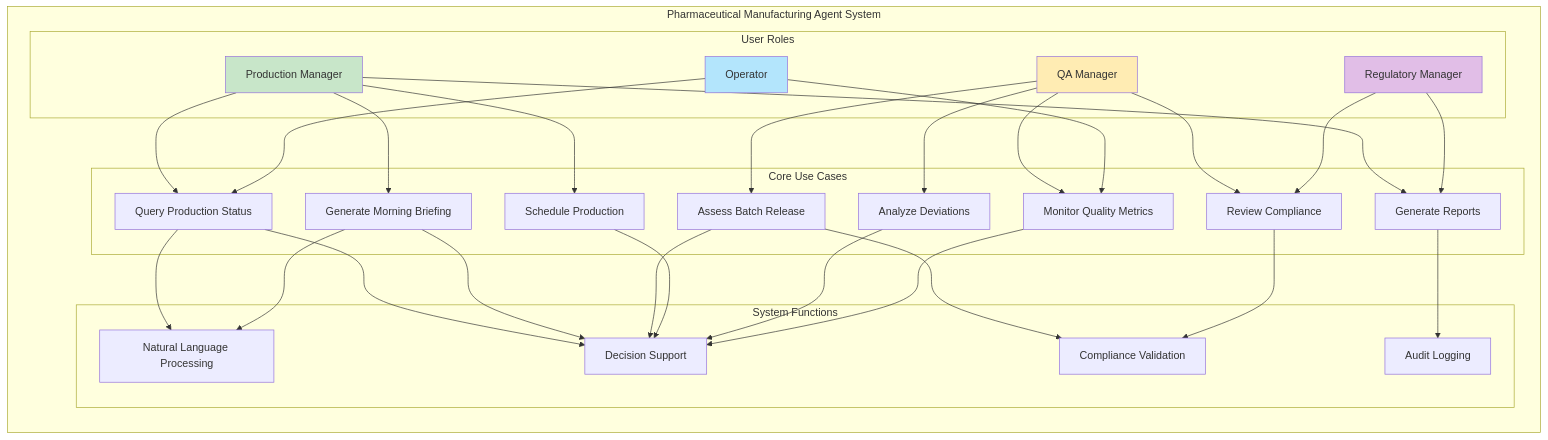
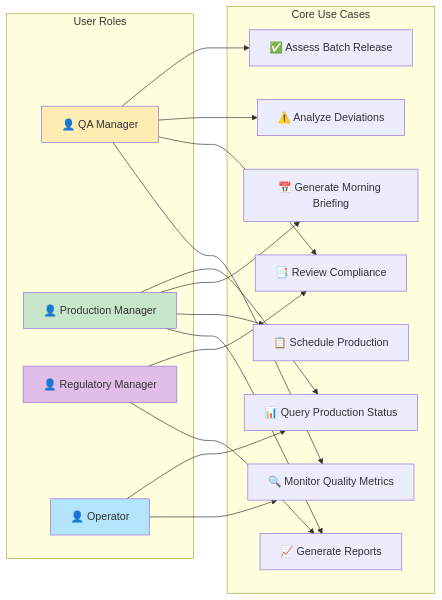
One commit to schmeckm/Business_aI_Agent_Pharma_MVP_1.0 changed the fifth of 5 diagrams in README.md. Above: the diagram before and after it, drawn with Mermaid. The commit also changed other lines of this file, not shown here.

````diff
--- a/README.md
+++ b/README.md
@@ -311,62 +301,41 @@
 ```mermaid
-graph LR
-    subgraph "Pharmaceutical Manufacturing Agent System"
-        subgraph "User Roles"
-            QAM[QA Manager]
-            PM[Production Manager]
-            RM[Regulatory Manager]
-            OP[Operator]
-        end
-        
-        subgraph "Core Use Cases"
-            UC1[Query Production Status]
-            UC2[Generate Morning Briefing]
-            UC3[Assess Batch Release]
-            UC4[Schedule Production]
-            UC5[Analyze Deviations]
-            UC6[Review Compliance]
-            UC7[Generate Reports]
-            UC8[Monitor Quality Metrics]
-        end
-        
-        subgraph "System Functions"
-            F1[Natural Language Processing]
-            F2[Decision Support]
-            F3[Audit Logging]
-            F4[Compliance Validation]
-        end
+flowchart LR
+    subgraph "User Roles"
+        QAM[👤 QA Manager]
+        PM[👤 Production Manager]
+        RM[👤 Regulatory Manager]
+        OP[👤 Operator]
+    end
+    
+    subgraph "Core Use Cases"
+        UC1[📊 Query Production Status]
+        UC2[📅 Generate Morning Briefing]
+        UC3[✅ Assess Batch Release]
+        UC4[📋 Schedule Production]
+        UC5[⚠️ Analyze Deviations]
+        UC6[📑 Review Compliance]
+        UC7[📈 Generate Reports]
+        UC8[🔍 Monitor Quality Metrics]
     end
     
     QAM --> UC3
     QAM --> UC5
     QAM --> UC6
     QAM --> UC8
     
     PM --> UC1
     PM --> UC2
     PM --> UC4
     PM --> UC7
     
     RM --> UC6
     RM --> UC7
     
     OP --> UC1
     OP --> UC8
     
-    UC1 --> F1
-    UC1 --> F2
-    UC2 --> F1
-    UC2 --> F2
-    UC3 --> F2
-    UC3 --> F4
-    UC4 --> F2
-    UC5 --> F2
-    UC6 --> F4
-    UC7 --> F3
-    UC8 --> F2
-    
     style QAM fill:#ffecb3
     style PM fill:#c8e6c9
     style RM fill:#e1bee7
     style OP fill:#b3e5fc
 ```
````
